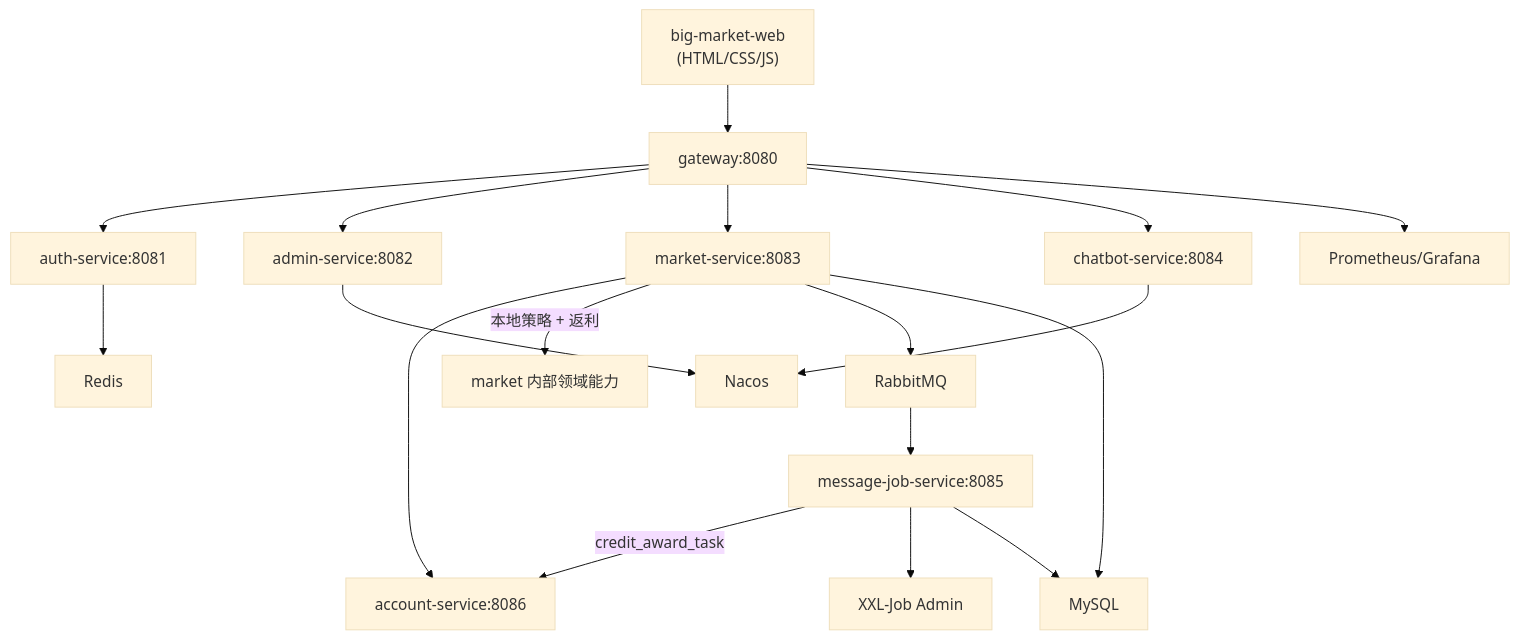
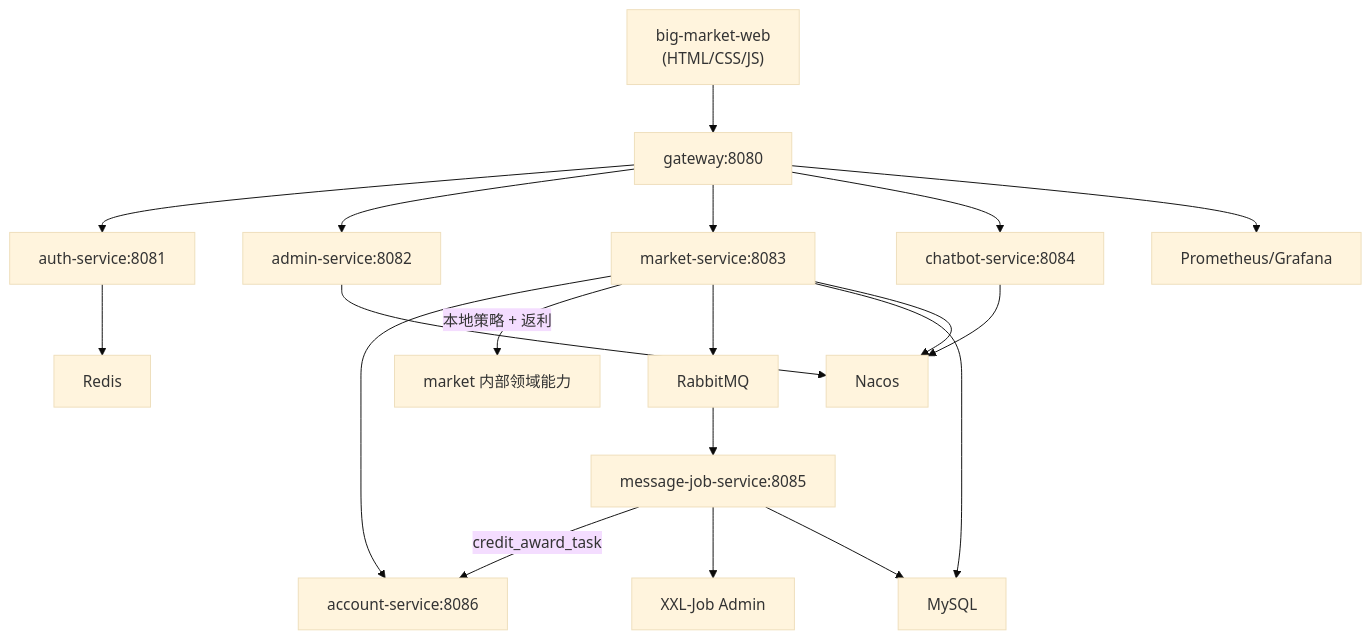
The diagram in docs/learning/03-architecture-overview.md (dyxnb22/big-market-ai-platform), drawn with Mermaid (base theme) before and after one commit. The commit also changed other lines of this file and 110 other files, not shown here.

Commit message:
Refactor platform services and streamline architecture

````diff
--- a/docs/learning/03-architecture-overview.md
+++ b/docs/learning/03-architecture-overview.md
@@ -7,20 +7,21 @@
 ```mermaid
 flowchart TD
     Web["big-market-web\n(HTML/CSS/JS)"] --> Gateway["gateway:8080"]
     Gateway --> Auth["auth-service:8081"]
     Gateway --> Admin["admin-service:8082"]
     Gateway --> Market["market-service:8083"]
     Gateway --> Chatbot["chatbot-service:8084"]
     Market --> Account["account-service:8086"]
     Market -->|"本地策略 + 返利"| Embedded["market 内部领域能力"]
     Market --> MQ["RabbitMQ"]
     MQ --> MessageJob["message-job-service:8085"]
     MessageJob -->|"credit_award_task"| Account
     MessageJob --> XXL["XXL-Job Admin"]
     Auth --> Redis["Redis"]
     Market --> MySQL["MySQL"]
     MessageJob --> MySQL
     Admin --> Nacos["Nacos"]
     Chatbot --> Nacos
+    Market --> Nacos
     Gateway --> Metrics["Prometheus/Grafana"]
 ```
````
